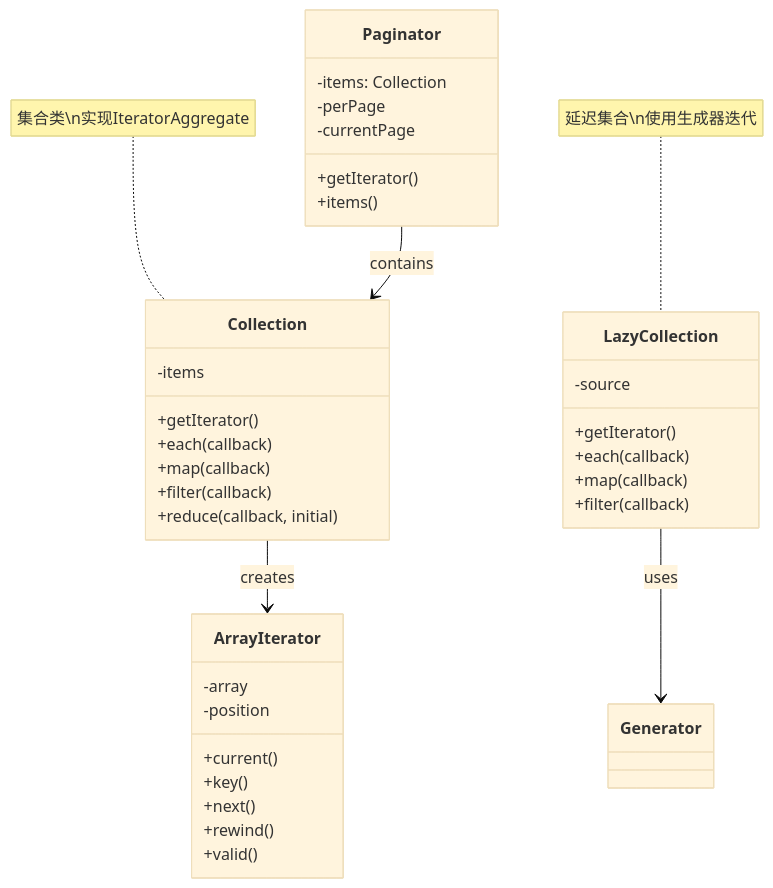
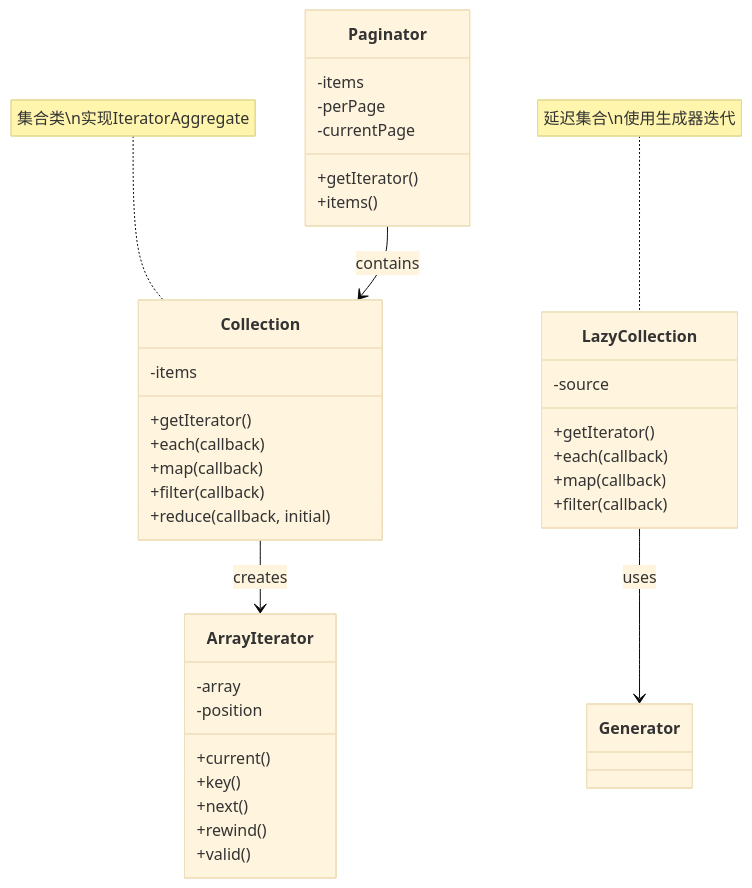
The second of 7 diagrams in resources/design-patterns/laravel/behavioral/iterator_zh.md (fanly/DesignPattern), drawn with Mermaid (base theme) before and after one commit. The commit also changed other lines of this file and 17 other files, not shown here.

````diff
--- a/resources/design-patterns/laravel/behavioral/iterator_zh.md
+++ b/resources/design-patterns/laravel/behavioral/iterator_zh.md
@@ -51,44 +51,44 @@
 ```mermaid
 classDiagram
     class Collection {
         -items
         +getIterator()
         +each(callback)
         +map(callback)
         +filter(callback)
         +reduce(callback, initial)
     }
     
     class ArrayIterator {
         -array
         -position
         +current()
         +key()
         +next()
         +rewind()
         +valid()
     }
     
     class LazyCollection {
         -source
         +getIterator()
         +each(callback)
         +map(callback)
         +filter(callback)
     }
     
     class Paginator {
-        -items: Collection
+        -items
         -perPage
         -currentPage
         +getIterator()
         +items()
     }
     
     Collection --> ArrayIterator : creates
     LazyCollection --> Generator : uses
     Paginator --> Collection : contains
     
     note for Collection "集合类\n实现IteratorAggregate"
     note for LazyCollection "延迟集合\n使用生成器迭代"
 ```
````
